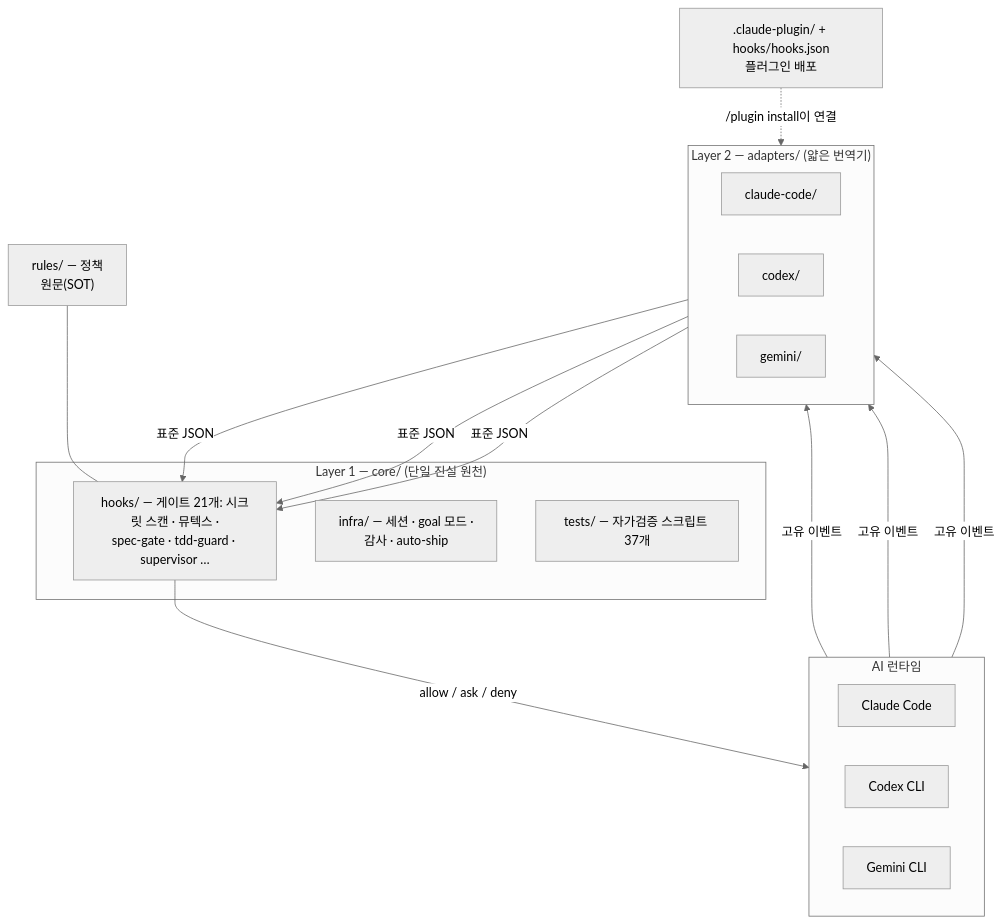
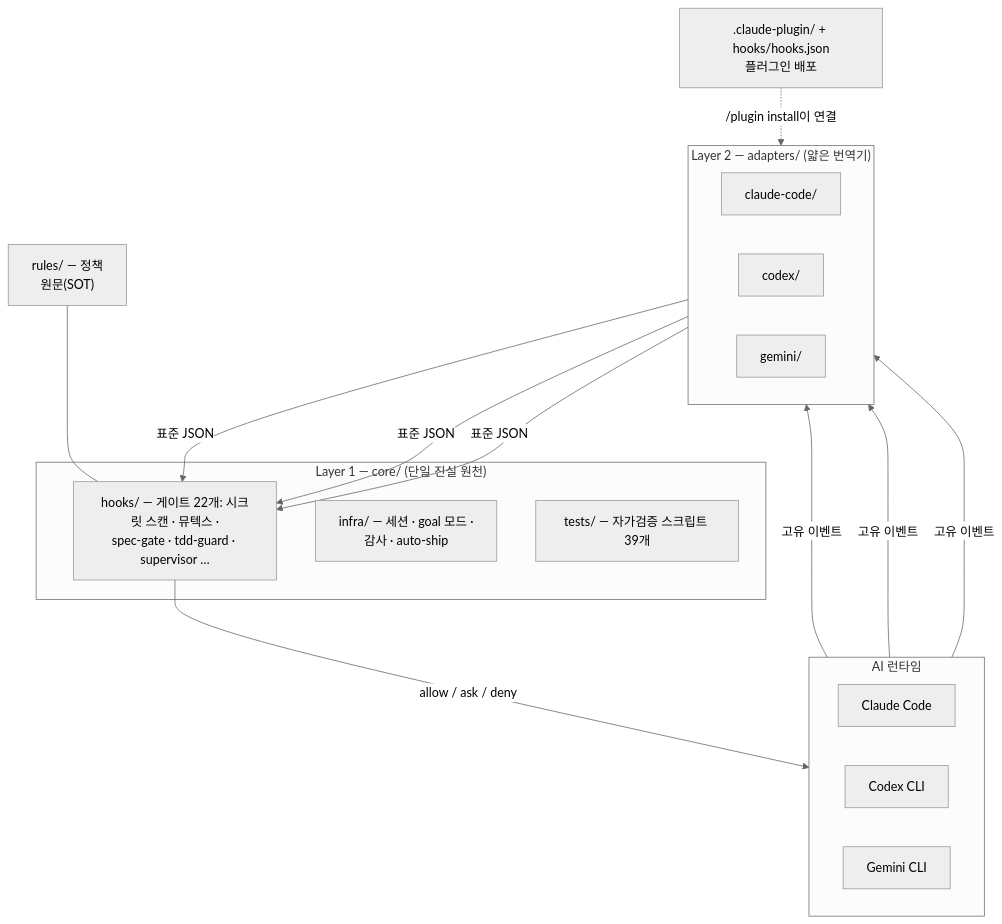
One commit to joymin5655/Agent changed the second of 5 diagrams in README.ko.md. Above: the diagram before and after it, drawn with Mermaid (neutral theme). The commit also changed other lines of this file and 15 other files, not shown here.

````diff
--- a/README.ko.md
+++ b/README.ko.md
@@ -188,32 +188,32 @@
 ```mermaid
 flowchart TB
     subgraph RT["AI 런타임"]
         direction LR
         CC["Claude Code"]
         CX["Codex CLI"]
         GM["Gemini CLI"]
     end
     subgraph AD["Layer 2 — adapters/ (얇은 번역기)"]
         direction LR
         A1["claude-code/"]
         A2["codex/"]
         A3["gemini/"]
     end
     subgraph CORE["Layer 1 — core/ (단일 진실 원천)"]
-        H["hooks/ — 게이트 21개: 시크릿 스캔 · 뮤텍스 ·<br/>spec-gate · tdd-guard · supervisor …"]
+        H["hooks/ — 게이트 22개: 시크릿 스캔 · 뮤텍스 ·<br/>spec-gate · tdd-guard · supervisor …"]
         I["infra/ — 세션 · goal 모드 ·<br/>감사 · auto-ship"]
-        T["tests/ — 자가검증 스크립트 37개"]
+        T["tests/ — 자가검증 스크립트 39개"]
     end
     R["rules/ — 정책<br/>원문(SOT)"]
     PLUG[".claude-plugin/ + hooks/hooks.json<br/>플러그인 배포"]
 
     CC -->|고유 이벤트| A1
     CX -->|고유 이벤트| A2
     GM -->|고유 이벤트| A3
     A1 -->|표준 JSON| H
     A2 -->|표준 JSON| H
     A3 -->|표준 JSON| H
     H -->|"allow / ask / deny"| RT
     R --- H
     PLUG -. "/plugin install이 연결" .-> A1
 ```
````
